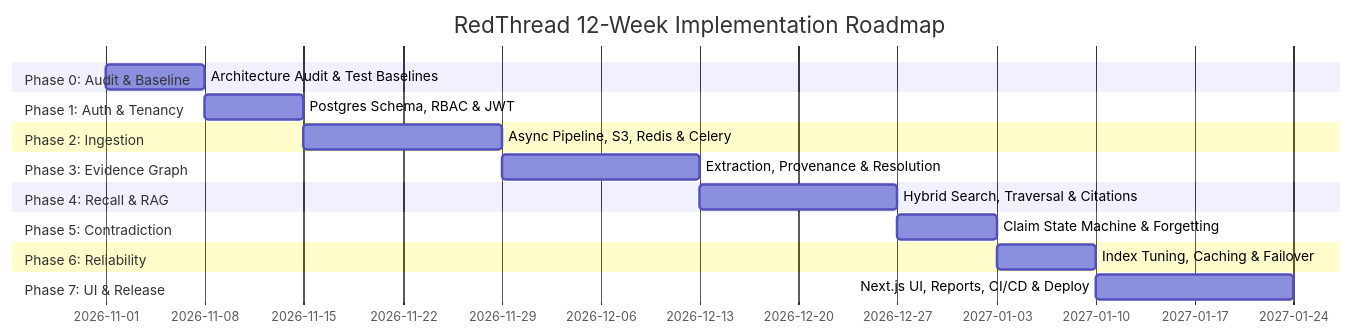
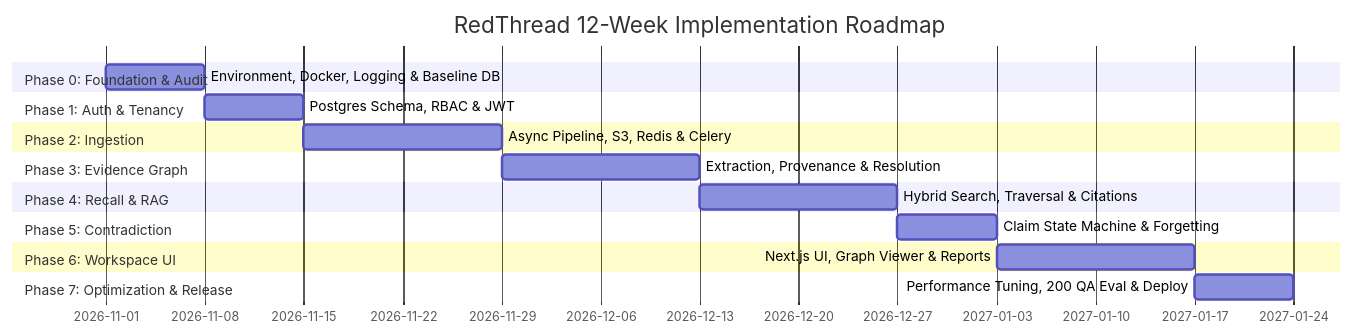
Before and after one commit to rushikeshbathe096/RedThread: the diagram in docs/roadmap.md, drawn with Mermaid. The commit also changed other lines of this file and 38 other files, not shown here.

Commit message:
db schema

````diff
--- a/docs/roadmap.md
+++ b/docs/roadmap.md
@@ -5,21 +10,21 @@
 ```mermaid
 gantt
     title RedThread 12-Week Implementation Roadmap
     dateFormat  YYYY-MM-DD
-    section Phase 0: Audit & Baseline
-    Architecture Audit & Test Baselines    :2026-11-01, 7d
+    section Phase 0: Foundation & Audit
+    Environment, Docker, Logging & Baseline DB  :2026-11-01, 7d
     section Phase 1: Auth & Tenancy
-    Postgres Schema, RBAC & JWT            :2026-11-08, 7d
+    Postgres Schema, RBAC & JWT                 :2026-11-08, 7d
     section Phase 2: Ingestion
-    Async Pipeline, S3, Redis & Celery     :2026-11-15, 14d
+    Async Pipeline, S3, Redis & Celery          :2026-11-15, 14d
     section Phase 3: Evidence Graph
-    Extraction, Provenance & Resolution    :2026-11-29, 14d
+    Extraction, Provenance & Resolution         :2026-11-29, 14d
     section Phase 4: Recall & RAG
-    Hybrid Search, Traversal & Citations   :2026-12-13, 14d
+    Hybrid Search, Traversal & Citations        :2026-12-13, 14d
     section Phase 5: Contradiction
-    Claim State Machine & Forgetting       :2026-12-27, 7d
-    section Phase 6: Reliability
-    Index Tuning, Caching & Failover       :2027-01-03, 7d
-    section Phase 7: UI & Release
-    Next.js UI, Reports, CI/CD & Deploy    :2027-01-10, 14d
+    Claim State Machine & Forgetting            :2026-12-27, 7d
+    section Phase 6: Workspace UI
+    Next.js UI, Graph Viewer & Reports          :2027-01-03, 14d
+    section Phase 7: Optimization & Release
+    Performance Tuning, 200 QA Eval & Deploy    :2027-01-17, 7d
 ```
````
